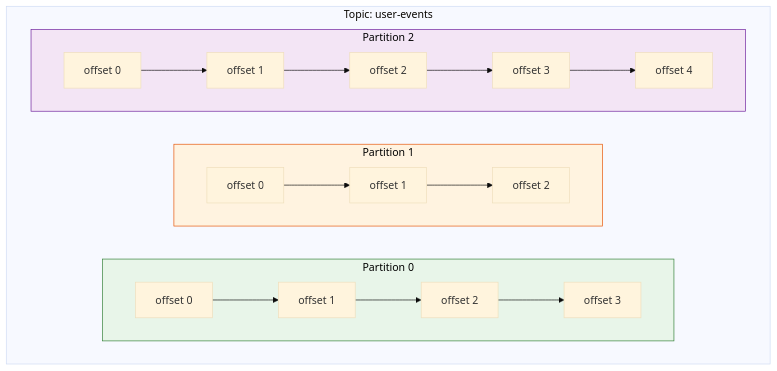
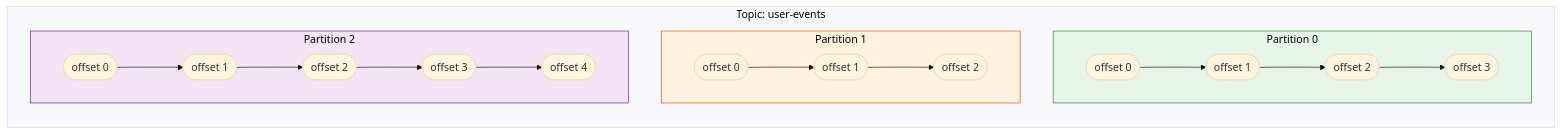
Before and after one commit to saivamsikaruturi/vamsilabs-dev-notes-main: the second of 15 diagrams in docs/kafka-messaging/kafka.md, drawn with Mermaid (base theme). The commit also changed other lines of this file and 146 other files, not shown here.

Commit message:
Horizontal diagrams, UML class diagrams, typography overhaul, and permalink cleanup

````diff
--- a/docs/kafka-messaging/kafka.md
+++ b/docs/kafka-messaging/kafka.md
@@ -58,21 +58,21 @@
 ```mermaid
-flowchart TD
+flowchart LR
     subgraph Topic["Topic: user-events"]
         subgraph P0["Partition 0"]
             direction LR
-            M0["offset 0"] --> M1["offset 1"] --> M2["offset 2"] --> M3["offset 3"]
+            M0(["offset 0"]) --> M1(["offset 1"]) --> M2(["offset 2"]) --> M3(["offset 3"])
         end
         subgraph P1["Partition 1"]
             direction LR
-            M4["offset 0"] --> M5["offset 1"] --> M6["offset 2"]
+            M4(["offset 0"]) --> M5(["offset 1"]) --> M6(["offset 2"])
         end
         subgraph P2["Partition 2"]
             direction LR
-            M7["offset 0"] --> M8["offset 1"] --> M9["offset 2"] --> M10["offset 3"] --> M11["offset 4"]
+            M7(["offset 0"]) --> M8(["offset 1"]) --> M9(["offset 2"]) --> M10(["offset 3"]) --> M11(["offset 4"])
         end
     end
 
     style P0 fill:#E8F5E9,stroke:#2E7D32,color:#000
     style P1 fill:#FFF3E0,stroke:#E65100,color:#000
     style P2 fill:#F3E5F5,stroke:#6A1B9A,color:#000
 ```
````
